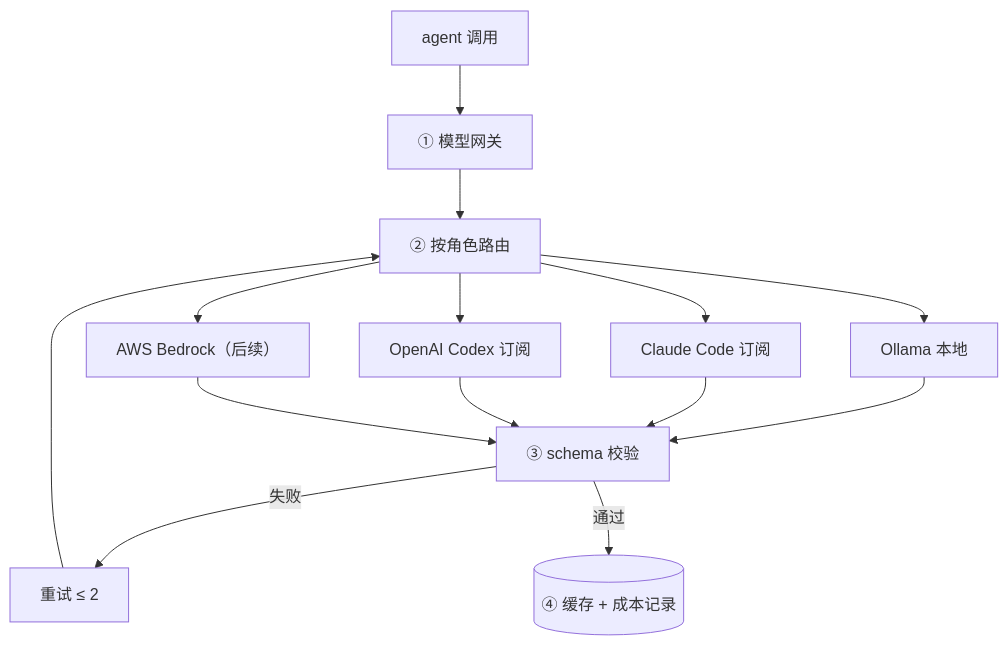
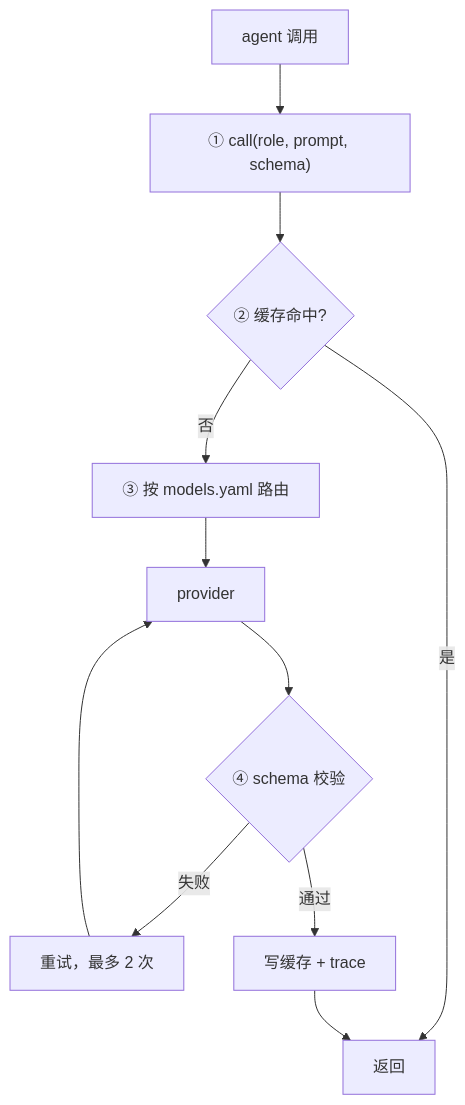
Before and after one commit to cherry-nancy/claims_agentic_system: the ninth of 9 diagrams in plan/snf_pa_consensus_work_plan_1025.md, drawn with Mermaid. The commit also changed other lines of this file, not shown here.

````diff
--- a/plan/snf_pa_consensus_work_plan_1025.md
+++ b/plan/snf_pa_consensus_work_plan_1025.md
@@ -588,15 +503,11 @@
 ```mermaid
 flowchart TD
-  AG["agent 调用"] --> GW["① 模型网关"]
-  GW --> RT["② 按角色路由"]
-  RT --> P1["Ollama 本地"]
-  RT --> P2["Claude Code 订阅"]
-  RT --> P3["OpenAI Codex 订阅"]
-  RT --> P4["AWS Bedrock（后续）"]
-  P1 --> VL["③ schema 校验"]
-  P2 --> VL
-  P3 --> VL
-  P4 --> VL
-  VL -- 失败 --> RTY["重试 ≤ 2"] --> RT
-  VL -- 通过 --> CA[("④ 缓存 + 成本记录")]
+  AG["agent 调用"] --> GW["① call(role, prompt, schema)"]
+  GW --> CA{"② 缓存命中?"}
+  CA -- 是 --> OUT["返回"]
+  CA -- 否 --> RT["③ 按 models.yaml 路由"]
+  RT --> PV["provider"]
+  PV --> VL{"④ schema 校验"}
+  VL -- 失败 --> RTY["重试，最多 2 次"] --> PV
+  VL -- 通过 --> SV["写缓存 + trace"] --> OUT
 ```
````
